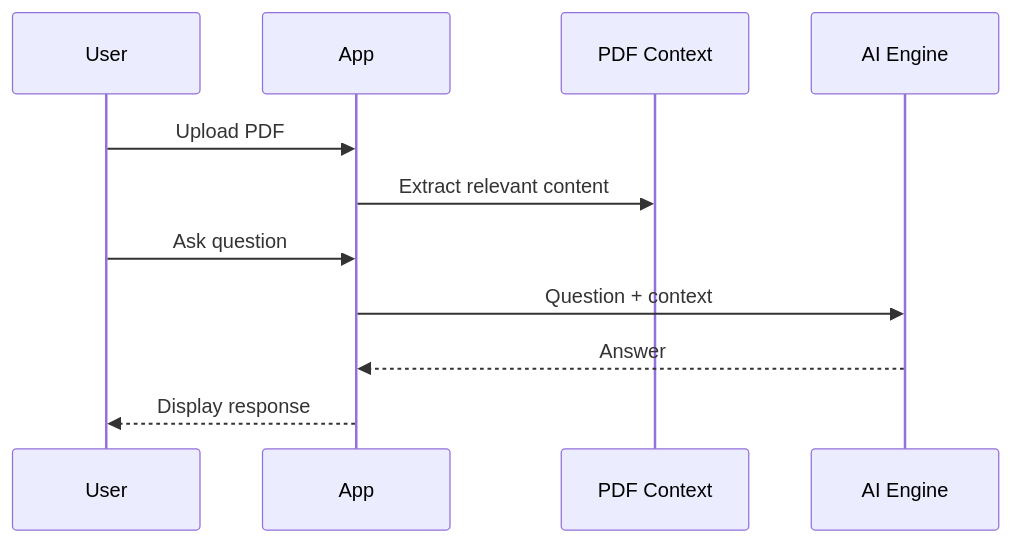
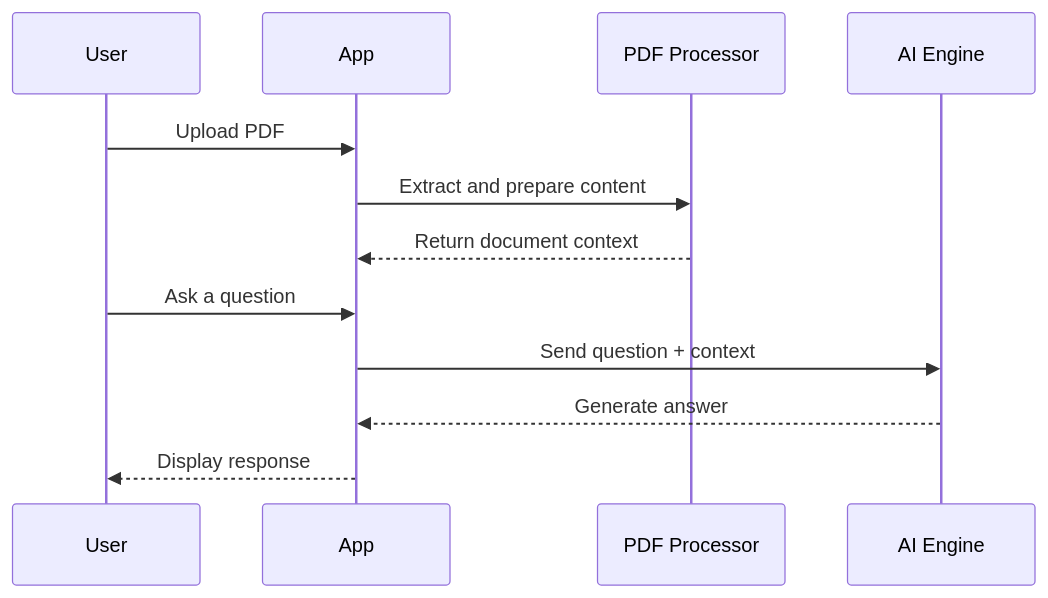
The third of 4 diagrams in README.md (Priyanshu710-ui/-AI-Powered-PDF-Q-A-Tool), drawn with Mermaid before and after one commit. The commit also changed other lines of this file, not shown here.

Commit message:
Replace diagram-only README with full PDF Q&A documentation

````diff
--- a/README.md
+++ b/README.md
@@ -30,13 +55,15 @@
 ```mermaid
 sequenceDiagram
     participant U as User
     participant A as App
-    participant P as PDF Context
+    participant P as PDF Processor
     participant AI as AI Engine
+
     U->>A: Upload PDF
-    A->>P: Extract relevant content
-    U->>A: Ask question
-    A->>AI: Question + context
-    AI-->>A: Answer
+    A->>P: Extract and prepare content
+    P-->>A: Return document context
+    U->>A: Ask a question
+    A->>AI: Send question + context
+    AI-->>A: Generate answer
     A-->>U: Display response
 ```
````
